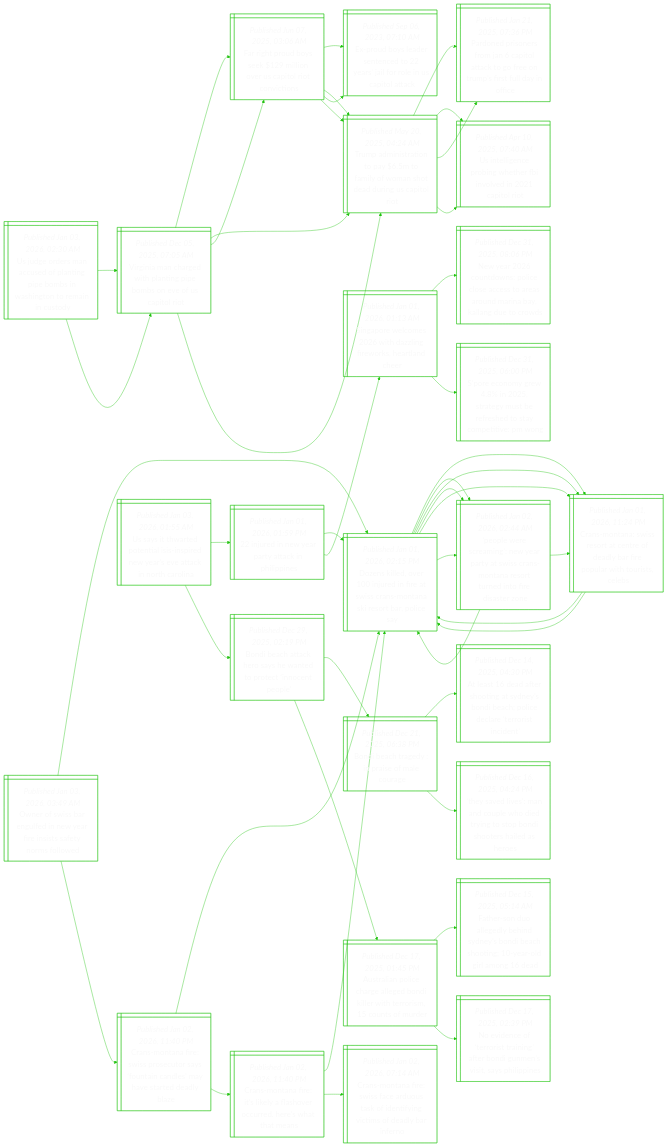
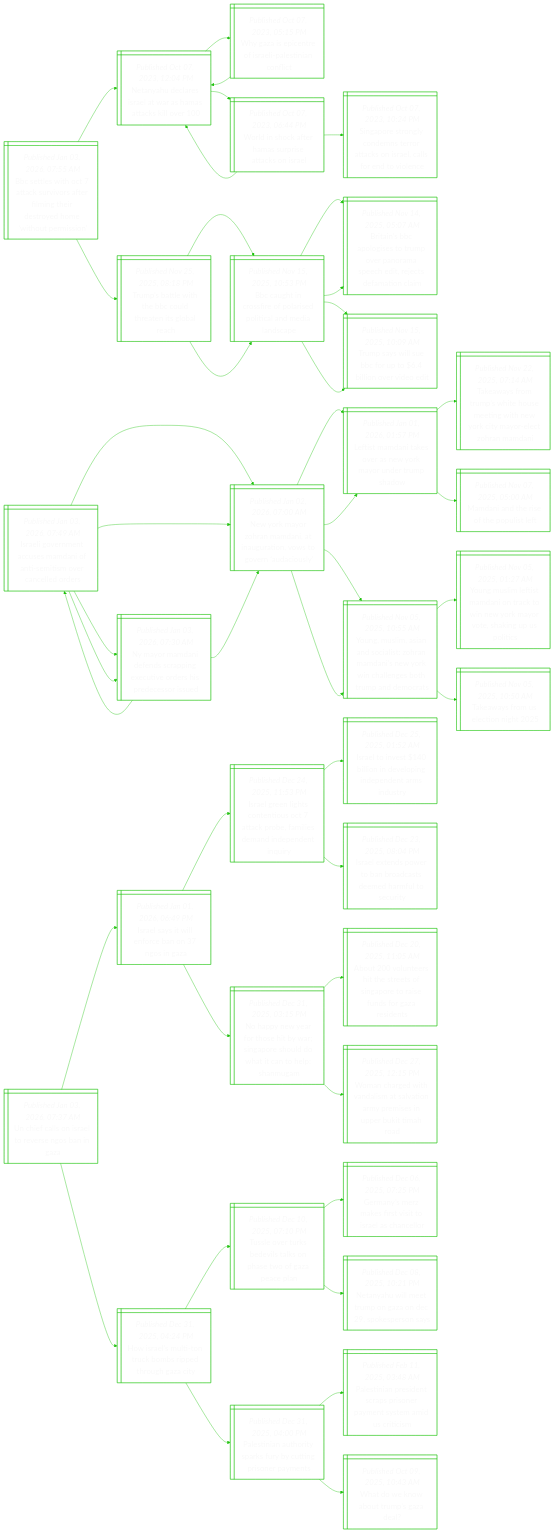
Before and after one commit to notJmes/notJmes: the diagram in README.md, drawn with Mermaid. The commit also changed other lines of this file, not shown here.

````diff
--- a/README.md
+++ b/README.md
@@ -16,142 +16,139 @@
 flowchart LR
 classDef txtsize font-size:20px;
 
-OosefNaesfooe@{ shape: win-pane, label: "_Published Jan 03, 2026, 03:49 AM_
-Owner of swiss bar engulfed in new year fire insists safety norms followed" }
-Dserrftssairpe@{ shape: win-pane, label: "_Published Jan 01, 2026, 02:15 PM_
-Dozens killed, over 100 injured in fire at swiss crans-montana ski resort bar, police say" }
-CMnsoceaaeltrcs@{ shape: win-pane, label: "_Published Jan 01, 2026, 11:24 PM_
-Crans-montana: swiss resort at centre of deadly bar fire popular with tourists, celebs" }
-Dserrftssairpe@{ shape: win-pane, label: "_Published Jan 01, 2026, 02:15 PM_
-Dozens killed, over 100 injured in fire at swiss crans-montana ski resort bar, police say" }
-Dserrftssairpe@{ shape: win-pane, label: "_Published Jan 01, 2026, 02:15 PM_
-Dozens killed, over 100 injured in fire at swiss crans-montana ski resort bar, police say" }
-Pesmeryianrteodtn@{ shape: win-pane, label: "_Published Jan 02, 2026, 02:44 AM_
-‘people were screaming’: new year party at swiss crans-montana resort turned into fire disaster zone" }
-Dserrftssairpe@{ shape: win-pane, label: "_Published Jan 01, 2026, 02:15 PM_
-Dozens killed, over 100 injured in fire at swiss crans-montana ski resort bar, police say" }
-CMnsoceaaeltrcs@{ shape: win-pane, label: "_Published Jan 01, 2026, 11:24 PM_
-Crans-montana: swiss resort at centre of deadly bar fire popular with tourists, celebs" }
-CMneserfanmvreb@{ shape: win-pane, label: "_Published Jan 02, 2026, 11:40 PM_
-Crans-montana fire: swiss prosecutor says ‘fountain candles’ may have started deadly blaze" }
-Dserrftssairpe@{ shape: win-pane, label: "_Published Jan 01, 2026, 02:15 PM_
-Dozens killed, over 100 injured in fire at swiss crans-montana ski resort bar, police say" }
-CMnsoceaaeltrcs@{ shape: win-pane, label: "_Published Jan 01, 2026, 11:24 PM_
-Crans-montana: swiss resort at centre of deadly bar fire popular with tourists, celebs" }
-Pesmeryianrteodtn@{ shape: win-pane, label: "_Published Jan 02, 2026, 02:44 AM_
-‘people were screaming’: new year party at swiss crans-montana resort turned into fire disaster zone" }
-CMneiahorrats@{ shape: win-pane, label: "_Published Jan 02, 2026, 11:40 PM_
-Crans-montana fire: it’s likely a flashover occurred. here’s what that means" }
-Dserrftssairpe@{ shape: win-pane, label: "_Published Jan 01, 2026, 02:15 PM_
-Dozens killed, over 100 injured in fire at swiss crans-montana ski resort bar, police say" }
-CMnesaukeyisaae@{ shape: win-pane, label: "_Published Jan 02, 2026, 07:14 AM_
-Crans-montana fire: swiss face arduous task of identifying victims of deadly bar inferno" }
+Btwcarremheymhes@{ shape: win-pane, label: "_Published Jan 03, 2026, 07:55 AM_
+Bbc settles with oct 7 attack survivors after filming their destroyed home ‘without permission’" }
+NyeeawHakl@{ shape: win-pane, label: "_Published Oct 07, 2023, 12:04 PM_
+Netanyahu declares israel at war as hamas attacks kill over 100" }
+WzptIleint@{ shape: win-pane, label: "_Published Oct 07, 2023, 05:15 PM_
+Why gaza is epicentre of israeli-palestinian conflict" }
+NyeeawHakl@{ shape: win-pane, label: "_Published Oct 07, 2023, 12:04 PM_
+Netanyahu declares israel at war as hamas attacks kill over 100" }
+Wiceapaks@{ shape: win-pane, label: "_Published Oct 07, 2023, 06:44 PM_
+World in shock after hamas surprise attacks on israel" }
+NyeeawHakl@{ shape: win-pane, label: "_Published Oct 07, 2023, 12:04 PM_
+Netanyahu declares israel at war as hamas attacks kill over 100" }
+SptldtrcIlsnic@{ shape: win-pane, label: "_Published Oct 07, 2023, 10:24 PM_
+Singapore strongly condemns terror attacks on israel, calls for end to violence" }
+TslhBleioe@{ shape: win-pane, label: "_Published Nov 25, 2025, 08:18 PM_
+Trump’s battle with the bbc could threaten its global reach" }
+Bunsoadtadnp@{ shape: win-pane, label: "_Published Nov 15, 2025, 10:53 PM_
+Bbc caught in crossfire of polarised political and media landscape" }
+BiCosueoshrtaoi@{ shape: win-pane, label: "_Published Nov 14, 2025, 05:07 AM_
+Britain’s bbc apologises to trump over panorama speech edit, rejects defamation claim" }
+Tsieooieet@{ shape: win-pane, label: "_Published Nov 15, 2025, 10:09 AM_
+Trump says will sue bbc for up to $6.4 billion over video edit" }
+Bunsoadtadnp@{ shape: win-pane, label: "_Published Nov 15, 2025, 10:53 PM_
+Bbc caught in crossfire of polarised political and media landscape" }
+BiCosueoshrtaoi@{ shape: win-pane, label: "_Published Nov 14, 2025, 05:07 AM_
+Britain’s bbc apologises to trump over panorama speech edit, rejects defamation claim" }
+Tsieooieet@{ shape: win-pane, label: "_Published Nov 15, 2025, 10:09 AM_
+Trump says will sue bbc for up to $6.4 billion over video edit" }
 
-OosefNaesfooe:::txtsize --> Dserrftssairpe:::txtsize
-Dserrftssairpe:::txtsize --> CMnsoceaaeltrcs:::txtsize
-CMnsoceaaeltrcs:::txtsize --> Dserrftssairpe:::txtsize
-CMnsoceaaeltrcs:::txtsize --> Dserrftssairpe:::txtsize
-Dserrftssairpe:::txtsize --> Pesmeryianrteodtn:::txtsize
-Pesmeryianrteodtn:::txtsize --> Dserrftssairpe:::txtsize
-Pesmeryianrteodtn:::txtsize --> CMnsoceaaeltrcs:::txtsize
-OosefNaesfooe:::txtsize --> CMneserfanmvreb:::txtsize
-CMneserfanmvreb:::txtsize --> Dserrftssairpe:::txtsize
-Dserrftssairpe:::txtsize --> CMnsoceaaeltrcs:::txtsize
-Dserrftssairpe:::txtsize --> Pesmeryianrteodtn:::txtsize
-CMneserfanmvreb:::txtsize --> CMneiahorrats:::txtsize
-CMneiahorrats:::txtsize --> Dserrftssairpe:::txtsize
-CMneiahorrats:::txtsize --> CMnesaukeyisaae:::txtsize
+Btwcarremheymhes:::txtsize --> NyeeawHakl:::txtsize
+NyeeawHakl:::txtsize --> WzptIleint:::txtsize
+WzptIleint:::txtsize --> NyeeawHakl:::txtsize
+NyeeawHakl:::txtsize --> Wiceapaks:::txtsize
+Wiceapaks:::txtsize --> NyeeawHakl:::txtsize
+Wiceapaks:::txtsize --> SptldtrcIlsnic:::txtsize
+Btwcarremheymhes:::txtsize --> TslhBleioe:::txtsize
+TslhBleioe:::txtsize --> Bunsoadtadnp:::txtsize
+Bunsoadtadnp:::txtsize --> BiCosueoshrtaoi:::txtsize
+Bunsoadtadnp:::txtsize --> Tsieooieet:::txtsize
+TslhBleioe:::txtsize --> Bunsoadtadnp:::txtsize
+Bunsoadtadnp:::txtsize --> BiCosueoshrtaoi:::txtsize
+Bunsoadtadnp:::txtsize --> Tsieooieet:::txtsize
 
-Ugenspipbagoiuy@{ shape: win-pane, label: "_Published Jan 03, 2026, 02:30 AM_
-Us judge orders man accused of planting pipe bombs in washington to remain in custody" }
-Vnngtnponfpr@{ shape: win-pane, label: "_Published Dec 05, 2025, 07:05 AM_
-Virginia man charged with planting pipe bombs on eve of us capitol riot" }
-Fgoykiealccs@{ shape: win-pane, label: "_Published Jun 07, 2025, 03:06 AM_
-Far right proud boys seek $129 million over us capitol riot convictions" }
-Eusetdairnpak@{ shape: win-pane, label: "_Published Sep 06, 2023, 07:10 AM_
-Ex-proud boys leader sentenced to 22 years’ jail for role in us capitol attack" }
-TaitotiwserSto@{ shape: win-pane, label: "_Published May 20, 2025, 04:24 AM_
-Trump administration to pay $6.5m to family of woman shot dead during us capitol riot" }
-TaitotiwserSto@{ shape: win-pane, label: "_Published May 20, 2025, 04:24 AM_
-Trump administration to pay $6.5m to family of woman shot dead during us capitol riot" }
-Pnirmalcoomrlii@{ shape: win-pane, label: "_Published Jan 21, 2025, 07:36 PM_
-Pardoned prisoners from jan 6 capitol attack to go free on trump’s first full day in office" }
-UeerghIlnto@{ shape: win-pane, label: "_Published Apr 10, 2025, 07:40 AM_
-Us intelligence probing whether fbi involved in 2021 capitol riot" }
-Vnngtnponfpr@{ shape: win-pane, label: "_Published Dec 05, 2025, 07:05 AM_
-Virginia man charged with planting pipe bombs on eve of us capitol riot" }
-Fgoykiealccs@{ shape: win-pane, label: "_Published Jun 07, 2025, 03:06 AM_
-Far right proud boys seek $129 million over us capitol riot convictions" }
-Eusetdairnpak@{ shape: win-pane, label: "_Published Sep 06, 2023, 07:10 AM_
-Ex-proud boys leader sentenced to 22 years’ jail for role in us capitol attack" }
-TaitotiwserSto@{ shape: win-pane, label: "_Published May 20, 2025, 04:24 AM_
-Trump administration to pay $6.5m to family of woman shot dead during us capitol riot" }
-TaitotiwserSto@{ shape: win-pane, label: "_Published May 20, 2025, 04:24 AM_
-Trump administration to pay $6.5m to family of woman shot dead during us capitol riot" }
-Pnirmalcoomrlii@{ shape: win-pane, label: "_Published Jan 21, 2025, 07:36 PM_
-Pardoned prisoners from jan 6 capitol attack to go free on trump’s first full day in office" }
-UeerghIlnto@{ shape: win-pane, label: "_Published Apr 10, 2025, 07:40 AM_
-Us intelligence probing whether fbi involved in 2021 capitol riot" }
+Ilenuaitioald@{ shape: win-pane, label: "_Published Jan 03, 2026, 07:49 AM_
+Israeli government accuses mamdani of anti-semitism over cancelled orders" }
+Nrormautogncl@{ shape: win-pane, label: "_Published Jan 02, 2026, 07:00 AM_
+New york mayor zohran mamdani, at inauguration, vows to govern ‘audaciously’" }
+LsdavNroemd@{ shape: win-pane, label: "_Published Jan 01, 2026, 01:57 PM_
+Leftist mamdani takes over as new york mayor under trump shadow" }
+TwruhoegNryrtad@{ shape: win-pane, label: "_Published Nov 22, 2025, 07:14 AM_
+Takeaways from trump’s white house meeting with new york city mayor-elect zohran mamdani" }
+Mntshul@{ shape: win-pane, label: "_Published Nov 07, 2025, 05:00 AM_
+Mamdani and the rise of the populist left" }
+YMmnoihaiYilehpea@{ shape: win-pane, label: "_Published Nov 05, 2025, 10:55 AM_
+Young, muslim, asian and socialist: zohran mamdani’s new york win challenges both trump and democrats" }
+YMmimociYaoauoc@{ shape: win-pane, label: "_Published Nov 05, 2025, 01:27 AM_
+Young muslim leftist mamdani on track to win new york mayor vote, shaking up us politics" }
+Twreig@{ shape: win-pane, label: "_Published Nov 05, 2025, 10:50 AM_
+Takeaways from us election night 2025" }
+Nodespetrhess@{ shape: win-pane, label: "_Published Jan 03, 2026, 07:30 AM_
+Ny mayor mamdani defends scrapping executive orders his predecessor issued" }
+Ilenuaitioald@{ shape: win-pane, label: "_Published Jan 03, 2026, 07:49 AM_
+Israeli government accuses mamdani of anti-semitism over cancelled orders" }
+Nrormautogncl@{ shape: win-pane, label: "_Published Jan 02, 2026, 07:00 AM_
+New york mayor zohran mamdani, at inauguration, vows to govern ‘audaciously’" }
+Nodespetrhess@{ shape: win-pane, label: "_Published Jan 03, 2026, 07:30 AM_
+Ny mayor mamdani defends scrapping executive orders his predecessor issued" }
+Nrormautogncl@{ shape: win-pane, label: "_Published Jan 02, 2026, 07:00 AM_
+New york mayor zohran mamdani, at inauguration, vows to govern ‘audaciously’" }
+LsdavNroemd@{ shape: win-pane, label: "_Published Jan 01, 2026, 01:57 PM_
+Leftist mamdani takes over as new york mayor under trump shadow" }
+YMmnoihaiYilehpea@{ shape: win-pane, label: "_Published Nov 05, 2025, 10:55 AM_
+Young, muslim, asian and socialist: zohran mamdani’s new york win challenges both trump and democrats" }
 
-Ugenspipbagoiuy:::txtsize --> Vnngtnponfpr:::txtsize
-Vnngtnponfpr:::txtsize --> Fgoykiealccs:::txtsize
-Fgoykiealccs:::txtsize --> Eusetdairnpak:::txtsize
-Fgoykiealccs:::txtsize --> TaitotiwserSto:::txtsize
-Vnngtnponfpr:::txtsize --> TaitotiwserSto:::txtsize
-TaitotiwserSto:::txtsize --> Pnirmalcoomrlii:::txtsize
-TaitotiwserSto:::txtsize --> UeerghIlnto:::txtsize
-Ugenspipbagoiuy:::txtsize --> Vnngtnponfpr:::txtsize
-Vnngtnponfpr:::txtsize --> Fgoykiealccs:::txtsize
-Fgoykiealccs:::txtsize --> Eusetdairnpak:::txtsize
-Fgoykiealccs:::txtsize --> TaitotiwserSto:::txtsize
-Vnngtnponfpr:::txtsize --> TaitotiwserSto:::txtsize
-TaitotiwserSto:::txtsize --> Pnirmalcoomrlii:::txtsize
-TaitotiwserSto:::txtsize --> UeerghIlnto:::txtsize
+Ilenuaitioald:::txtsize --> Nrormautogncl:::txtsize
+Nrormautogncl:::txtsize --> LsdavNroemd:::txtsize
+LsdavNroemd:::txtsize --> TwruhoegNryrtad:::txtsize
+LsdavNroemd:::txtsize --> Mntshul:::txtsize
+Nrormautogncl:::txtsize --> YMmnoihaiYilehpea:::txtsize
+YMmnoihaiYilehpea:::txtsize --> YMmimociYaoauoc:::txtsize
+YMmnoihaiYilehpea:::txtsize --> Twreig:::txtsize
+Ilenuaitioald:::txtsize --> Nodespetrhess:::txtsize
+Nodespetrhess:::txtsize --> Ilenuaitioald:::txtsize
+Ilenuaitioald:::txtsize --> Nrormautogncl:::txtsize
+Ilenuaitioald:::txtsize --> Nodespetrhess:::txtsize
+Nodespetrhess:::txtsize --> Nrormautogncl:::txtsize
+Nrormautogncl:::txtsize --> LsdavNroemd:::txtsize
+Nrormautogncl:::txtsize --> YMmnoihaiYilehpea:::txtsize
 
-UswdnIneYEtnhl@{ shape: win-pane, label: "_Published Jan 03, 2026, 01:55 AM_
-Us says it thwarted potential isis-inspired new year’s eve attack in north carolina" }
-ieerychp@{ shape: win-pane, label: "_Published Jan 01, 2026, 01:59 PM_
-22 injured in new year party attack in philippines" }
-Dserrftssairpe@{ shape: win-pane, label: "_Published Jan 01, 2026, 02:15 PM_
-Dozens killed, over 100 injured in fire at swiss crans-montana ski resort bar, police say" }
-CMnsoceaaeltrcs@{ shape: win-pane, label: "_Published Jan 01, 2026, 11:24 PM_
-Crans-montana: swiss resort at centre of deadly bar fire popular with tourists, celebs" }
-Pesmeryianrteodtn@{ shape: win-pane, label: "_Published Jan 02, 2026, 02:44 AM_
-‘people were screaming’: new year party at swiss crans-montana resort turned into fire disaster zone" }
-Speehlirane@{ shape: win-pane, label: "_Published Jan 01, 2026, 01:13 AM_
-Singapore welcomes 2026 with dazzling fireworks, heartland cheer" }
-Nanniocosniyaeo@{ shape: win-pane, label: "_Published Dec 31, 2025, 08:06 PM_
-New year 2026 countdowns: police close access to areas around marina bay, kallang due to crowds" }
-SemwrybrdapiW@{ shape: win-pane, label: "_Published Dec 31, 2025, 06:00 PM_
-S’pore economy grew 4.8% in 2025, strategy must be refreshed to stay competitive: pm wong" }
-BBakseertce@{ shape: win-pane, label: "_Published Dec 29, 2025, 02:19 PM_
-Bondi beach attack hero says he wanted to protect ‘innocent people’" }
-BBtdroea@{ shape: win-pane, label: "_Published Dec 21, 2025, 06:38 PM_
-Bondi beach tragedy : in praise of male courage" }
-Asdrttenaleeoie@{ shape: win-pane, label: "_Published Dec 14, 2025, 04:30 PM_
-At least 16 dead after shooting at sydney’s bondi beach; police declare ‘terrorist incident’" }
-TaiaceiyoBseise@{ shape: win-pane, label: "_Published Dec 16, 2025, 04:24 PM_
-‘they saved lives’: man and couple who died trying to stop bondi shooters hailed as heroes" }
-Aapegeoiweiufe@{ shape: win-pane, label: "_Published Dec 17, 2025, 01:45 PM_
-Australian police charge alleged bondi killer with terrorism, 15 counts of murder" }
-Frueynnoehnrioa@{ shape: win-pane, label: "_Published Dec 15, 2025, 05:14 AM_
-Father-son duo allegedly behind sydney’s bondi beach shooting; 10-year-old girl among 16 dead" }
-NdortnfoustPps@{ shape: win-pane, label: "_Published Dec 17, 2025, 02:39 PM_
-No evidence of ‘terrorist training’ after bondi gunmen’s visit, says philippines" }
+UelsteGnz@{ shape: win-pane, label: "_Published Jan 03, 2026, 07:37 AM_
+Un chief calls on israel to reverse ngos ban in gaza" }
+IlilrnOa@{ shape: win-pane, label: "_Published Jan 01, 2026, 06:49 PM_
+Israel says it will enforce ban on 37 ngos in gaza" }
+Ilnttotcbiddpnu@{ shape: win-pane, label: "_Published Dec 24, 2025, 11:53 PM_
+Israel green lights contentious oct 7 attack probe, families demand independent inquiry" }
+Ilvinviddrdy@{ shape: win-pane, label: "_Published Dec 25, 2025, 01:52 AM_
+Israel to invest $140 billion in developing independent arms industry" }
+Ilnwbosealcy@{ shape: win-pane, label: "_Published Dec 23, 2025, 08:04 PM_
+Israel extends power to ban broadcasts deemed harmful to security" }
+NpyosbSphdtnlnm@{ shape: win-pane, label: "_Published Dec 31, 2025, 03:15 PM_
+No happy new year for those hit by war; singapore should do what it can to help: shanmugam" }
+AvtheeSpoesast@{ shape: win-pane, label: "_Published Dec 20, 2025, 11:05 AM_
+About 200 volunteers hit the streets of singapore to raise funds for gaza residents" }
+WcehaavnpsUBTR@{ shape: win-pane, label: "_Published Dec 27, 2025, 12:15 PM_
+Woman charged with vandalism at salvation army premises in upper bukit timah road" }
+HrmtumphhC@{ shape: win-pane, label: "_Published Dec 31, 2025, 04:24 PM_
+How israel’s multi-ton truck bombs ripped through gaza city" }
+TeTbilptGel@{ shape: win-pane, label: "_Published Dec 10, 2025, 07:10 PM_
+Tussle over turks bedevils talks on phase two of gaza peace plan" }
+Gnresisano@{ shape: win-pane, label: "_Published Dec 06, 2025, 07:25 PM_
+Germany’s merz makes first visit to israel as chancellor" }
+NyiemaDoes@{ shape: win-pane, label: "_Published Dec 08, 2025, 10:21 PM_
+Netanyahu will meet trump on gaza on dec 29, spokesperson says" }
+Ptnossbtrem@{ shape: win-pane, label: "_Published Dec 31, 2025, 04:00 PM_
+Palestinian authority sparks fury by cutting prisoner payments" }
+Ptnissoatedis@{ shape: win-pane, label: "_Published Feb 11, 2025, 03:48 AM_
+Palestinian president scraps prisoner payment system amid us criticism" }
+Wooumzl@{ shape: win-pane, label: "_Published Oct 09, 2025, 10:43 AM_
+What do we know about trump’s gaza deal?" }
 
-UswdnIneYEtnhl:::txtsize --> ieerychp:::txtsize
-ieerychp:::txtsize --> Dserrftssairpe:::txtsize
-Dserrftssairpe:::txtsize --> CMnsoceaaeltrcs:::txtsize
-Dserrftssairpe:::txtsize --> Pesmeryianrteodtn:::txtsize
-ieerychp:::txtsize --> Speehlirane:::txtsize
-Speehlirane:::txtsize --> Nanniocosniyaeo:::txtsize
-Speehlirane:::txtsize --> SemwrybrdapiW:::txtsize
-UswdnIneYEtnhl:::txtsize --> BBakseertce:::txtsize
-BBakseertce:::txtsize --> BBtdroea:::txtsize
-BBtdroea:::txtsize --> Asdrttenaleeoie:::txtsize
-BBtdroea:::txtsize --> TaiaceiyoBseise:::txtsize
-BBakseertce:::txtsize --> Aapegeoiweiufe:::txtsize
-Aapegeoiweiufe:::txtsize --> Frueynnoehnrioa:::txtsize
-Aapegeoiweiufe:::txtsize --> NdortnfoustPps:::txtsize
+UelsteGnz:::txtsize --> IlilrnOa:::txtsize
+IlilrnOa:::txtsize --> Ilnttotcbiddpnu:::txtsize
+Ilnttotcbiddpnu:::txtsize --> Ilvinviddrdy:::txtsize
+Ilnttotcbiddpnu:::txtsize --> Ilnwbosealcy:::txtsize
+IlilrnOa:::txtsize --> NpyosbSphdtnlnm:::txtsize
+NpyosbSphdtnlnm:::txtsize --> AvtheeSpoesast:::txtsize
+NpyosbSphdtnlnm:::txtsize --> WcehaavnpsUBTR:::txtsize
+UelsteGnz:::txtsize --> HrmtumphhC:::txtsize
+HrmtumphhC:::txtsize --> TeTbilptGel:::txtsize
+TeTbilptGel:::txtsize --> Gnresisano:::txtsize
+TeTbilptGel:::txtsize --> NyiemaDoes:::txtsize
+HrmtumphhC:::txtsize --> Ptnossbtrem:::txtsize
+Ptnossbtrem:::txtsize --> Ptnissoatedis:::txtsize
+Ptnossbtrem:::txtsize --> Wooumzl:::txtsize
 
 ```
````
